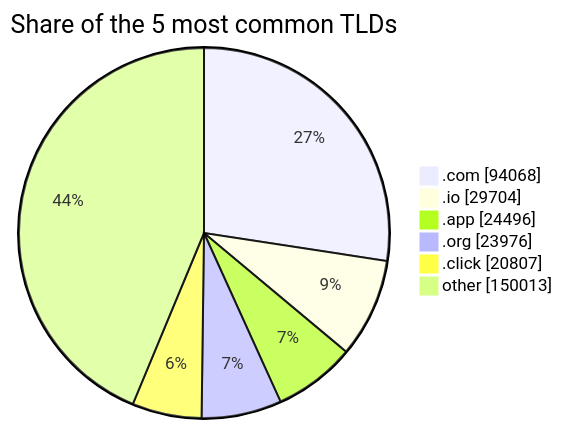
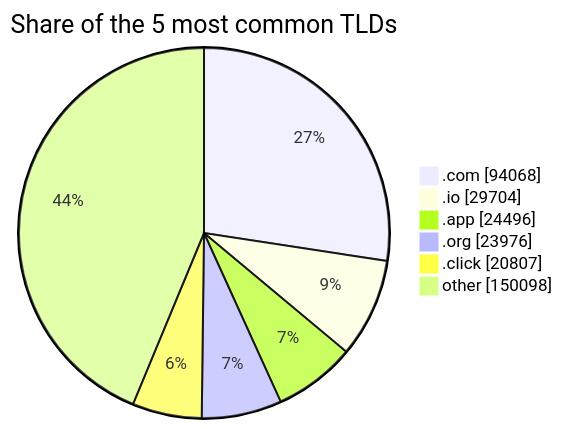
Before and after one commit to DNSBunker/CTI: the third of 3 diagrams in README.md, drawn with Mermaid. The commit also changed other lines of this file and 3 other files, not shown here.

````diff
--- a/README.md
+++ b/README.md
@@ -81,9 +81,9 @@
 ```mermaid
 pie showData title Share of the 5 most common TLDs
     ".com" : 94068
     ".io" : 29704
     ".app" : 24496
     ".org" : 23976
     ".click" : 20807
-    "other" : 150013
+    "other" : 150098
 ```
````
